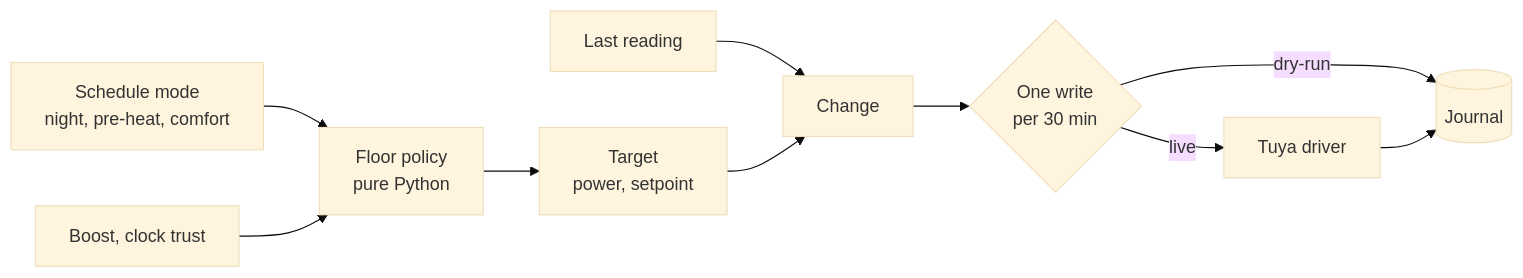
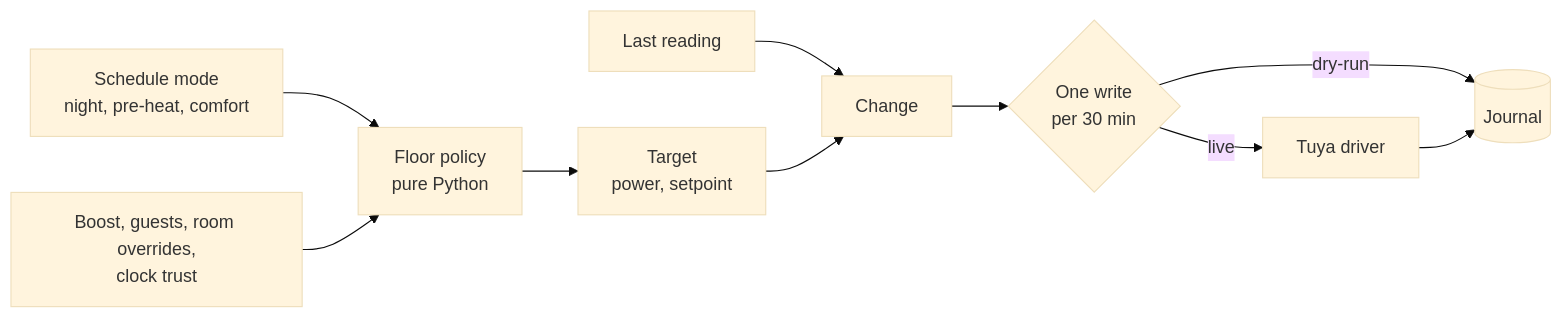
Before and after one commit to Barsoomx/teplo: the second of 4 diagrams in README.md, drawn with Mermaid (base theme). The commit also changed other lines of this file and 94 other files, not shown here.

````diff
--- a/README.md
+++ b/README.md
@@ -90,12 +91,12 @@
 ```mermaid
 flowchart LR
     mode["Schedule mode<br/>night, pre-heat, comfort"] --> policy["Floor policy<br/>pure Python"]
-    overrides["Boost, clock trust"] --> policy
+    overrides["Boost, guests, room overrides,<br/>clock trust"] --> policy
     policy --> target["Target<br/>power, setpoint"]
     reading["Last reading"] --> change["Change"]
     target --> change
     change --> budget{"One write<br/>per 30 min"}
     budget -->|live| driver["Tuya driver"]
     budget -->|dry-run| journal[("Journal")]
     driver --> journal
 ```
````
